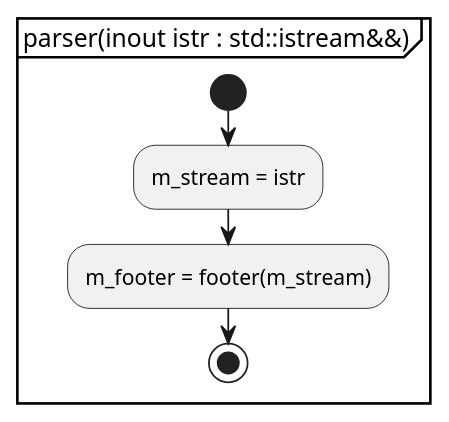
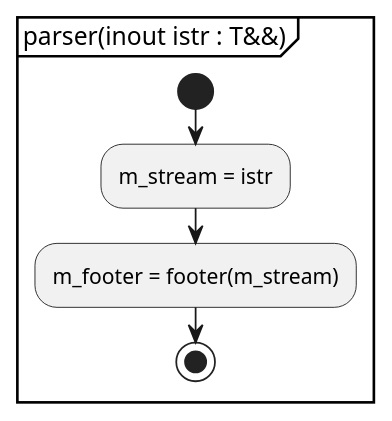
Before and after one commit to KodaiYM/PDFReader: the first of 10 diagrams in document/parser.activity.pu, drawn with PlantUML. The commit also changed 1 other file, not shown here.

Commit message:
std::istream をクラステンプレート引数に変更した（ムーブできないから）

```diff
--- a/document/parser.activity.pu
+++ b/document/parser.activity.pu
@@ -1,8 +1,8 @@
 @startuml parser
-partition "parser(inout istr : std::istream&&)" {
+partition "parser(inout istr : T&&)" {
 start
 	:m_stream = istr;
 	:m_footer = footer(m_stream);
 stop
 }
 @enduml
```
